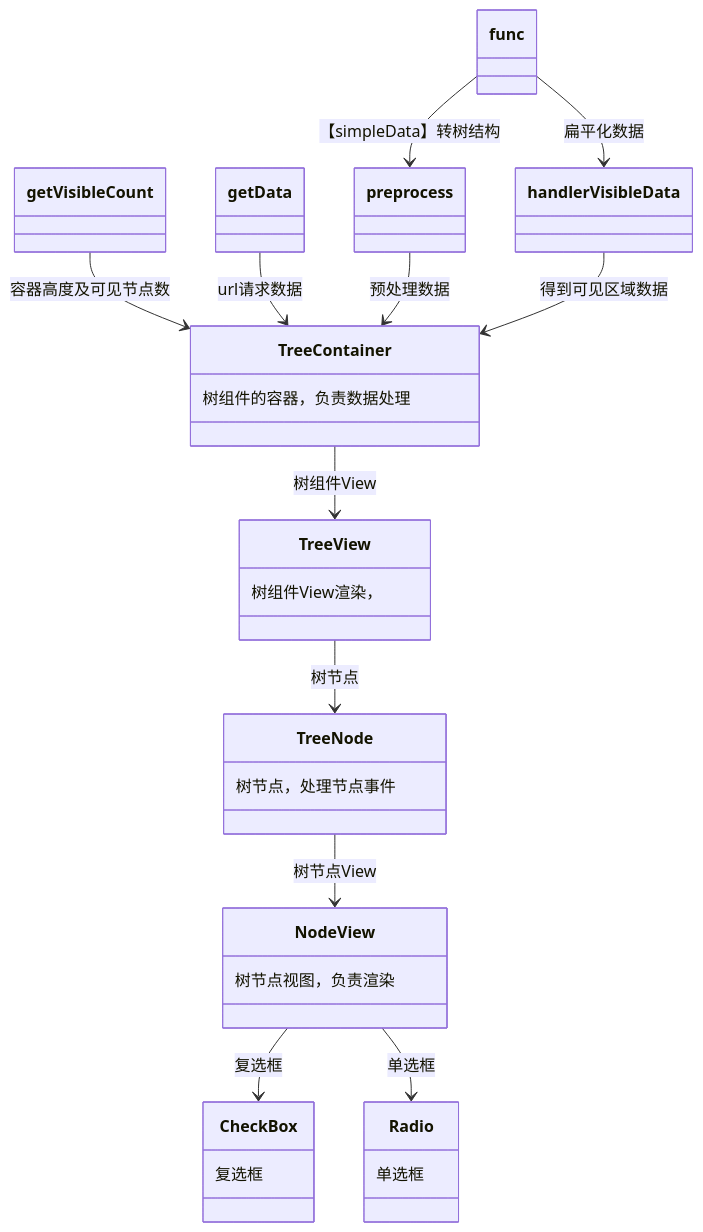
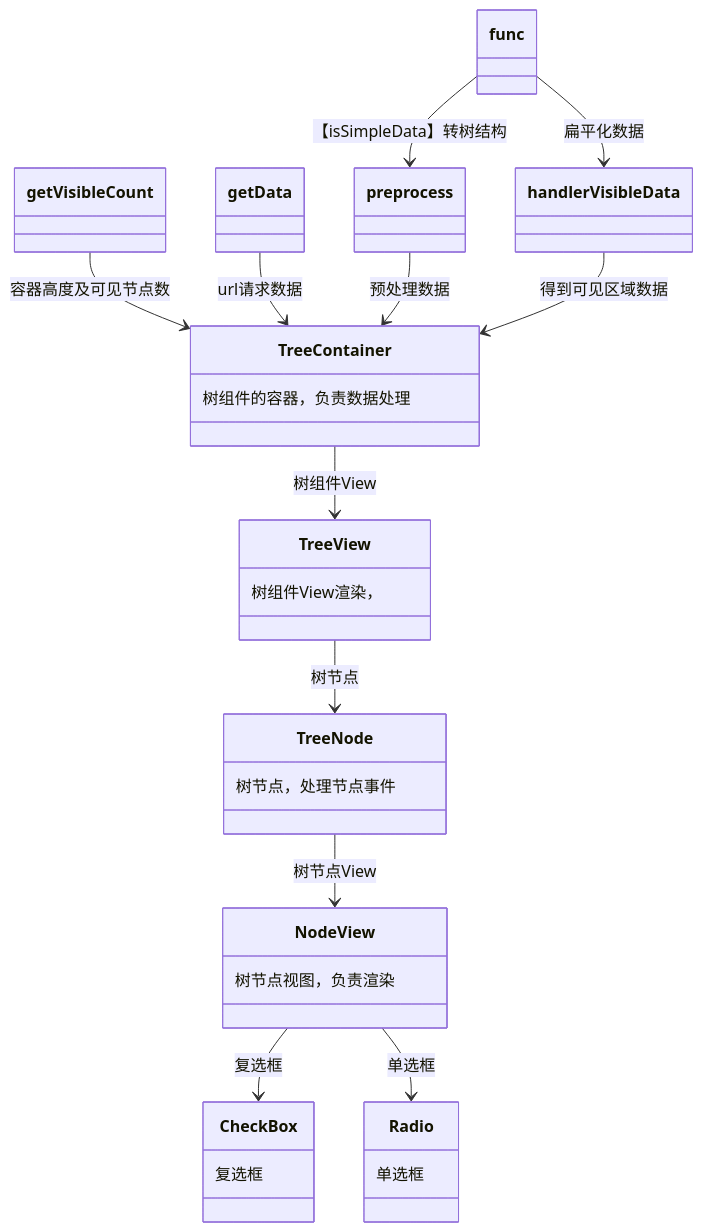
Before and after one commit to wangzhiyonglyk/wasabi-tree: the first of 3 diagrams in README.md, drawn with Mermaid. The commit also changed other lines of this file and 11 other files, not shown here.

````diff
--- a/README.md
+++ b/README.md
@@ -44,35 +44,35 @@
 ```Mermaid
 classDiagram
     class TreeContainer{
     树组件的容器，负责数据处理
     }
     class TreeView{
         树组件View渲染，
     }
 
     class TreeNode{
         树节点，处理节点事件
     }
     class NodeView{
         树节点视图，负责渲染
     }
     class CheckBox{
         复选框
     }
     class Radio{
         单选框
     }
  
     TreeContainer-->TreeView:树组件View
     TreeView-->TreeNode:树节点
     TreeNode-->NodeView:树节点View
     NodeView-->CheckBox:复选框
       NodeView-->Radio:单选框
     getVisibleCount-->TreeContainer:容器高度及可见节点数
     getData-->TreeContainer:url请求数据
     preprocess-->TreeContainer:预处理数据
     handlerVisibleData-->TreeContainer:得到可见区域数据
-    func-->preprocess:【simpleData】转树结构
+    func-->preprocess:【isSimpleData】转树结构
     func-->handlerVisibleData:扁平化数据
 
 ```
````
